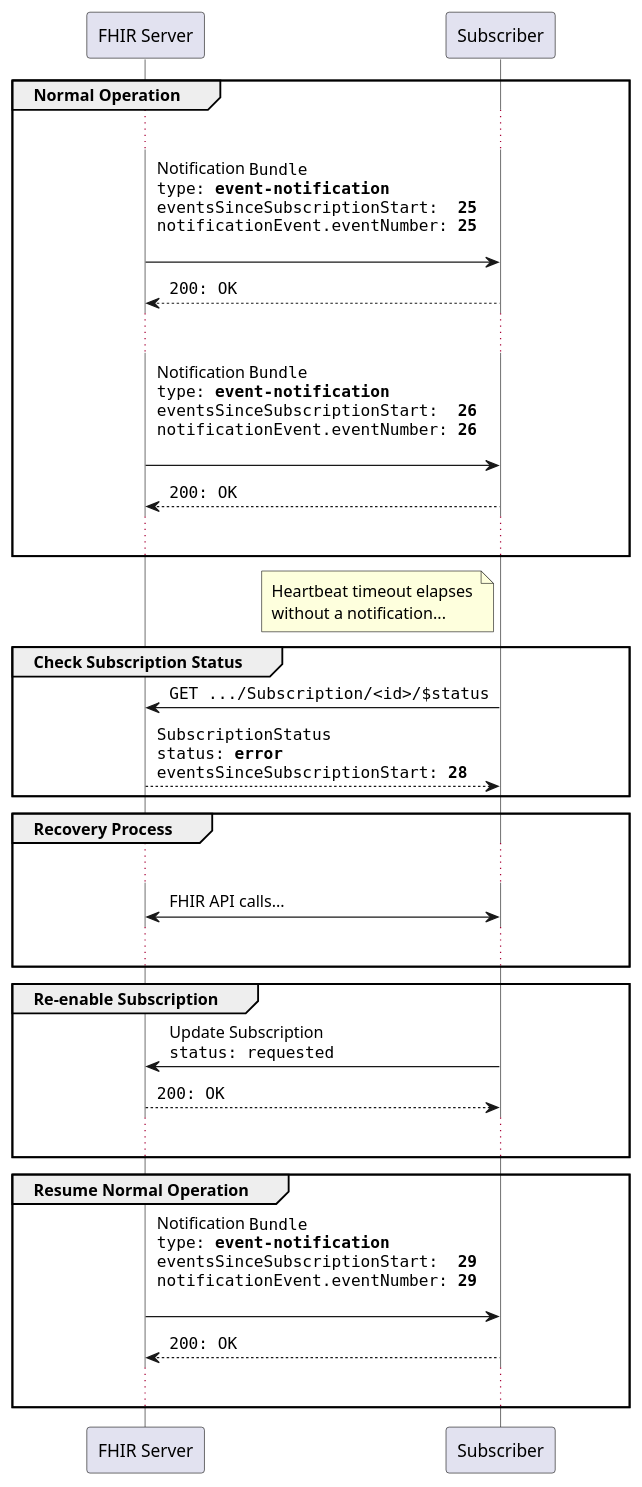
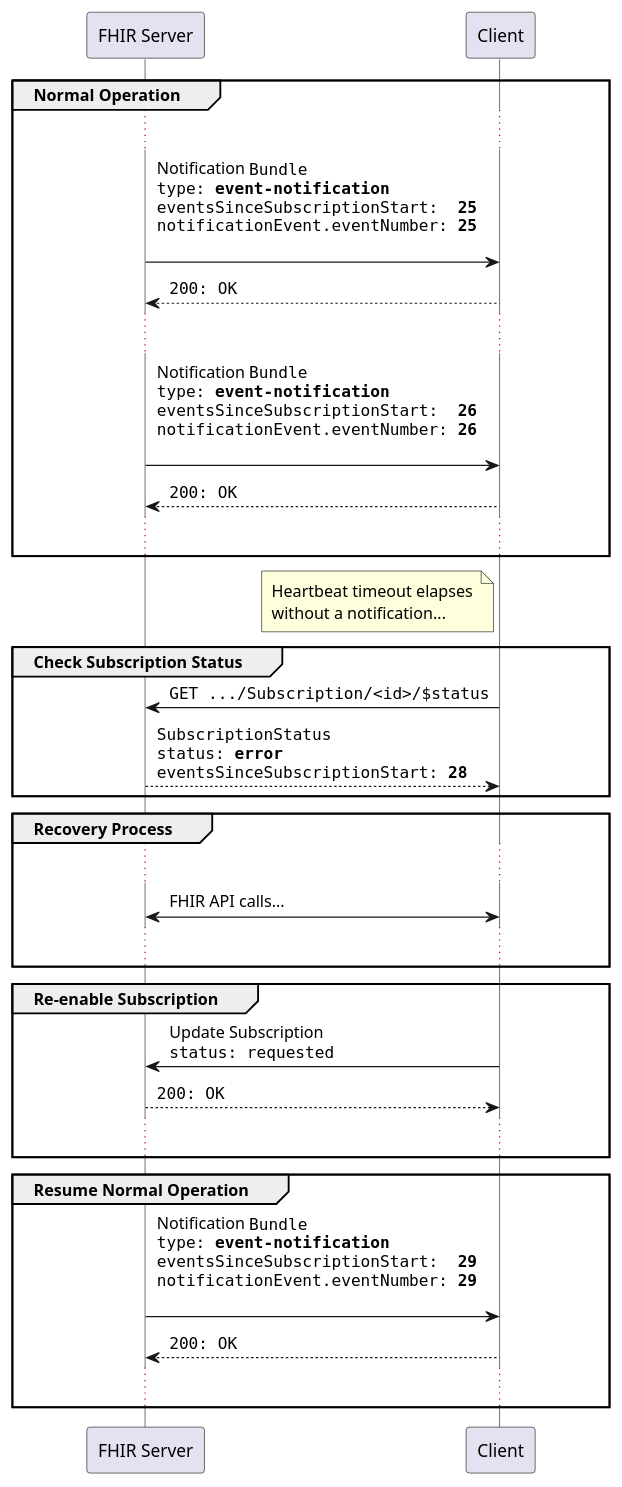
The diagram in input/images-source/error-no-communication.plantuml (HL7/fhir-subscription-backport-ig), drawn with PlantUML before and after one commit. The commit also changed 3 other files, not shown here.

Commit message:
FHIR-43920 - Updated the Handling Errors page to reference 'Client' instead of 'Subscriber' in narrative and diagrams

```diff
--- a/input/images-source/error-no-communication.plantuml
+++ b/input/images-source/error-no-communication.plantuml
@@ -1,47 +1,47 @@
 @startuml
 skinparam NoteTextAlignment left
 skinparam Padding 2
 skinparam ParticipantPadding 50
 skinparam LifelineStrategy solid
 
 participant "FHIR Server" as S
-participant Subscriber    as C
+participant Client    as C
 
 group Normal Operation
   ...
   S -> C: Notification ""Bundle""\n""type: **event-notification**""\n""eventsSinceSubscriptionStart:  **25**""\n""notificationEvent.eventNumber: **25**""\n
   return ""200: OK""
   ...
   S -> C: Notification ""Bundle""\n""type: **event-notification**""\n""eventsSinceSubscriptionStart:  **26**""\n""notificationEvent.eventNumber: **26**""\n
   return ""200: OK""
   ...
 end
 
 note left of C
   Heartbeat timeout elapses
   without a notification...
 end note
 
 group Check Subscription Status
   C -> S: ""GET .../Subscription/<id>/$status""
   return ""SubscriptionStatus""\n""status: **error**""\n""eventsSinceSubscriptionStart: **28**""
 end
 
 group Recovery Process
   ...
   C <-> S: FHIR API calls...
   ...
 end
 
 group Re-enable Subscription
   C -> S:Update Subscription\n""status: requested""
   return ""200: OK""
   ...
 end
 
 group Resume Normal Operation
   S -> C: Notification ""Bundle""\n""type: **event-notification**""\n""eventsSinceSubscriptionStart:  **29**""\n""notificationEvent.eventNumber: **29**""\n
   return ""200: OK""
   ...
 end
 @enduml
```
